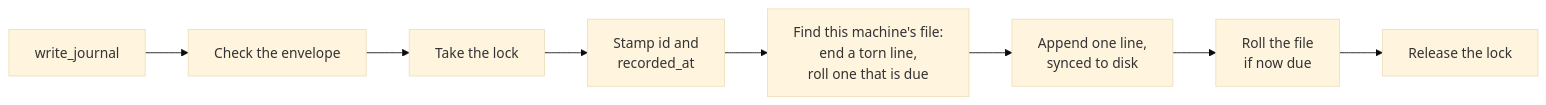
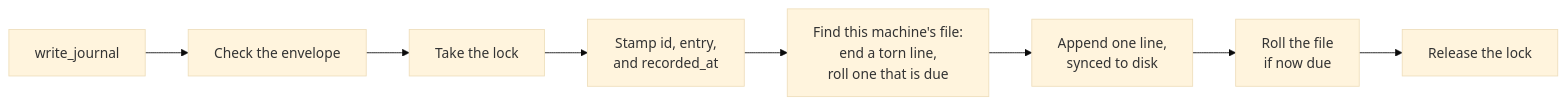
The first of 2 diagrams in docs/core-module.md (Velrea/AI.Brain), drawn with Mermaid (base theme) before and after one commit. The commit also changed other lines of this file and 17 other files, not shown here.

````diff
--- a/docs/core-module.md
+++ b/docs/core-module.md
@@ -59,10 +62,10 @@
 ```mermaid
 flowchart LR
     method["write_journal"] --> check["Check the envelope"]
     check --> lock["Take the lock"]
-    lock --> stamp["Stamp id and<br/>recorded_at"]
+    lock --> stamp["Stamp id, entry,<br/>and recorded_at"]
     stamp --> current["Find this machine's file:<br/>end a torn line,<br/>roll one that is due"]
     current --> append["Append one line,<br/>synced to disk"]
     append --> roll["Roll the file<br/>if now due"]
     roll --> release["Release the lock"]
 ```
````
